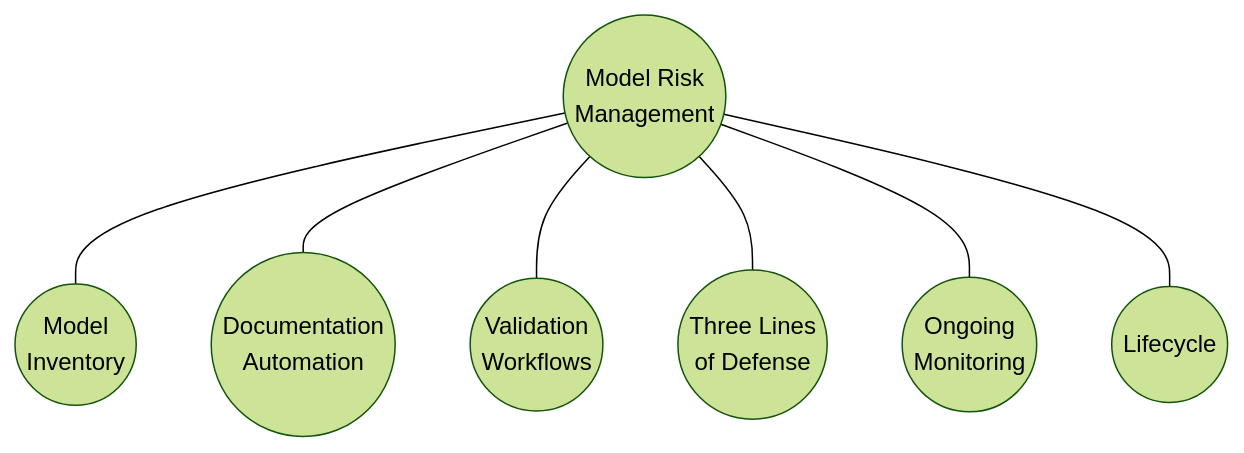
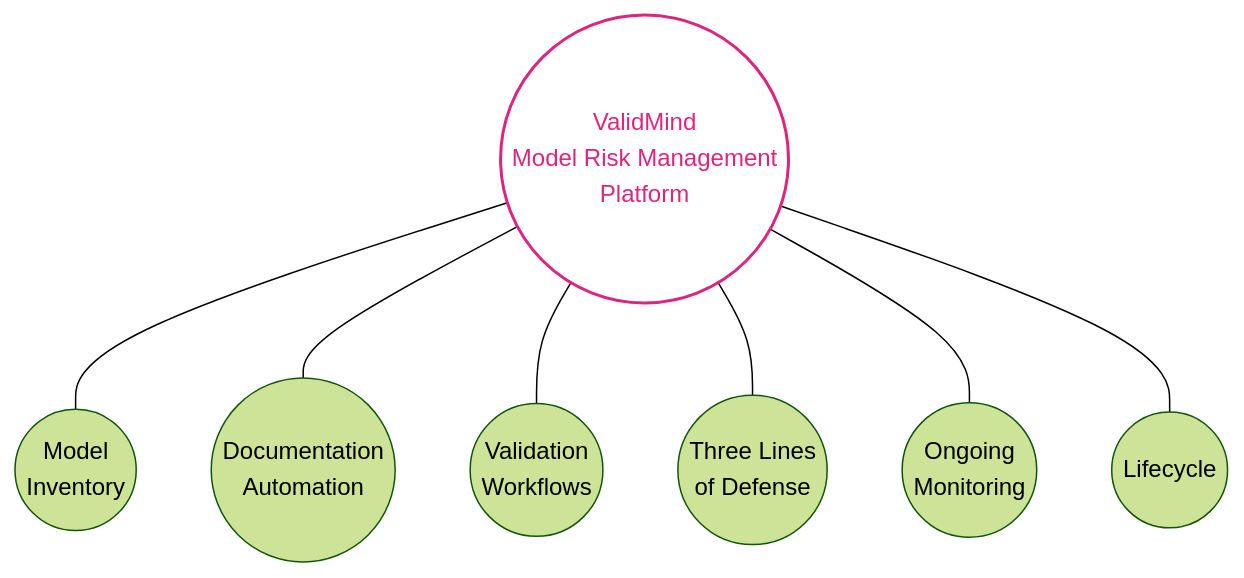
Before and after one commit to validmind/documentation: the diagram in site/about/use-cases/model-risk-management.qmd, drawn with Mermaid (forest theme). The commit also changed other lines of this file and 1 other file, not shown here.

Commit message:
Model risk management edits

````diff
--- a/site/about/use-cases/model-risk-management.qmd
+++ b/site/about/use-cases/model-risk-management.qmd
@@ -59,18 +64,22 @@
 ```{mermaid}
 flowchart TB
-    center((Model Risk<br>Management))
+    center((ValidMind<br>Model Risk Management<br>Platform))
     
     inv((Model<br>Inventory))
     docs((Documentation<br>Automation))
     val((Validation<br>Workflows))
     lod((Three Lines<br>of Defense))
     mon((Ongoing<br>Monitoring))
     life((Lifecycle))
     
     center --- inv
     center --- docs
     center --- val
     center --- lod
     center --- mon
     center --- life
+
+    %% styling
+    classDef centerNode fill:#ffffff,stroke:#de257e,stroke-width:2px,color:#de257e,text-align:center
+    class center centerNode
 ```
````
